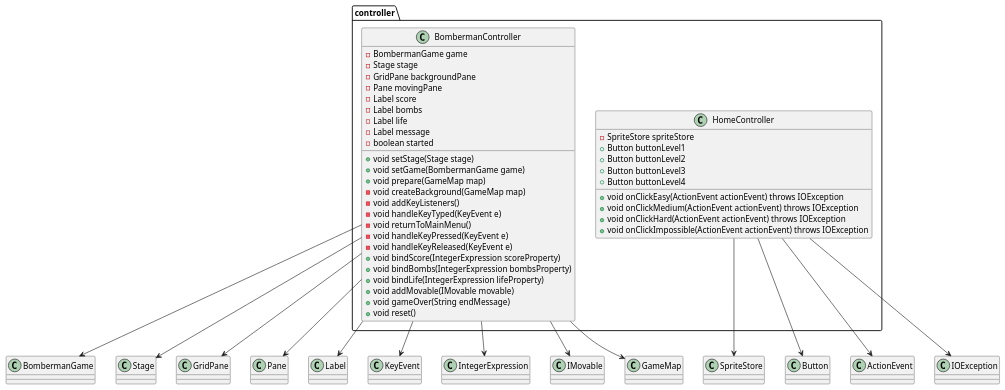
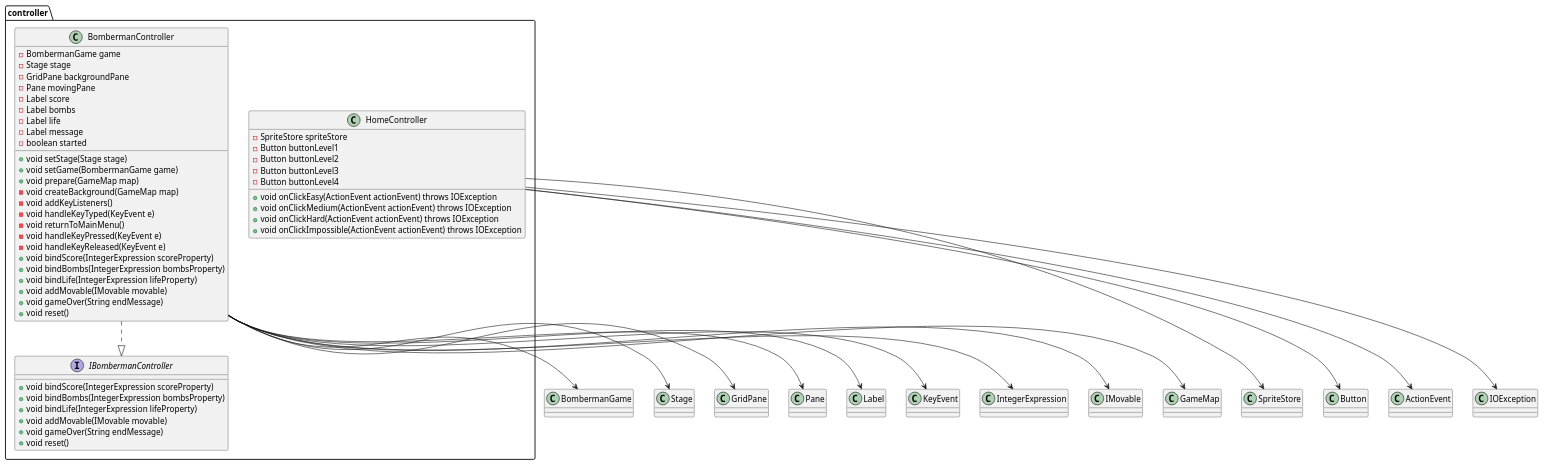
One commit to MatheoDalmasso/Bomberman changed the diagram in src/main/java/fr/univartois/butinfo/r304/bomberman/controller/ControllerPuml.puml. Above: the diagram before and after it, drawn with PlantUML. The commit also changed 2 other files, not shown here.

Commit message:
#108 - mise en place du PUML dans le package typeBomb + changement dans le puml de controller

```diff
--- a/src/main/java/fr/univartois/butinfo/r304/bomberman/controller/ControllerPuml.puml
+++ b/src/main/java/fr/univartois/butinfo/r304/bomberman/controller/ControllerPuml.puml
@@ -1,57 +1,67 @@
 @startuml
 package controller {
     class BombermanController {
         - BombermanGame game
         - Stage stage
         - GridPane backgroundPane
         - Pane movingPane
         - Label score
         - Label bombs
         - Label life
         - Label message
         - boolean started
         + void setStage(Stage stage)
         + void setGame(BombermanGame game)
         + void prepare(GameMap map)
         - void createBackground(GameMap map)
         - void addKeyListeners()
         - void handleKeyTyped(KeyEvent e)
         - void returnToMainMenu()
         - void handleKeyPressed(KeyEvent e)
         - void handleKeyReleased(KeyEvent e)
         + void bindScore(IntegerExpression scoreProperty)
         + void bindBombs(IntegerExpression bombsProperty)
         + void bindLife(IntegerExpression lifeProperty)
         + void addMovable(IMovable movable)
         + void gameOver(String endMessage)
         + void reset()
     }
 
     class HomeController {
         - SpriteStore spriteStore
-        + Button buttonLevel1
-        + Button buttonLevel2
-        + Button buttonLevel3
-        + Button buttonLevel4
+        - Button buttonLevel1
+        - Button buttonLevel2
+        - Button buttonLevel3
+        - Button buttonLevel4
         + void onClickEasy(ActionEvent actionEvent) throws IOException
         + void onClickMedium(ActionEvent actionEvent) throws IOException
         + void onClickHard(ActionEvent actionEvent) throws IOException
         + void onClickImpossible(ActionEvent actionEvent) throws IOException
+    }
+
+    interface IBombermanController {
+        + void bindScore(IntegerExpression scoreProperty)
+        + void bindBombs(IntegerExpression bombsProperty)
+        + void bindLife(IntegerExpression lifeProperty)
+        + void addMovable(IMovable movable)
+        + void gameOver(String endMessage)
+        + void reset()
     }
 }
 
 BombermanController --> BombermanGame
 BombermanController --> Stage
 BombermanController --> GridPane
 BombermanController --> Pane
 BombermanController --> Label
 BombermanController --> KeyEvent
 BombermanController --> IntegerExpression
 BombermanController --> IMovable
 BombermanController --> GameMap
+BombermanController ..|> IBombermanController
 
 HomeController --> SpriteStore
 HomeController --> Button
 HomeController --> ActionEvent
 HomeController --> IOException
 @enduml
```
